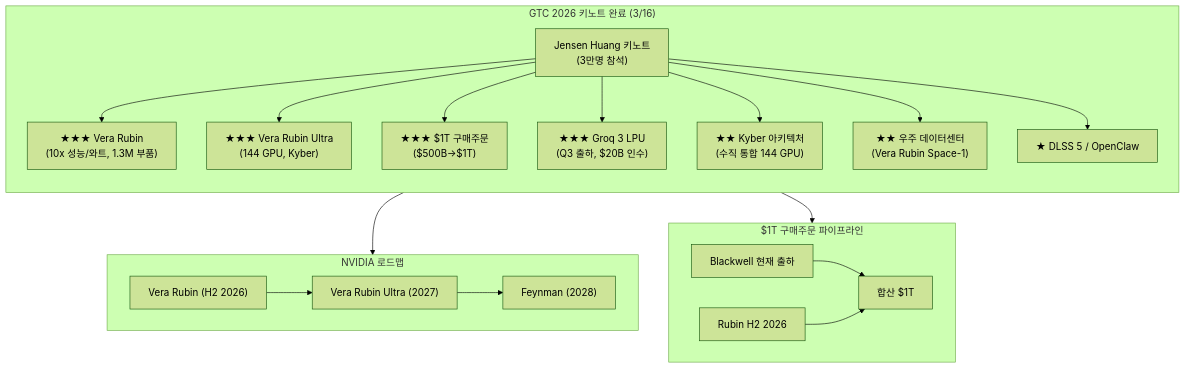
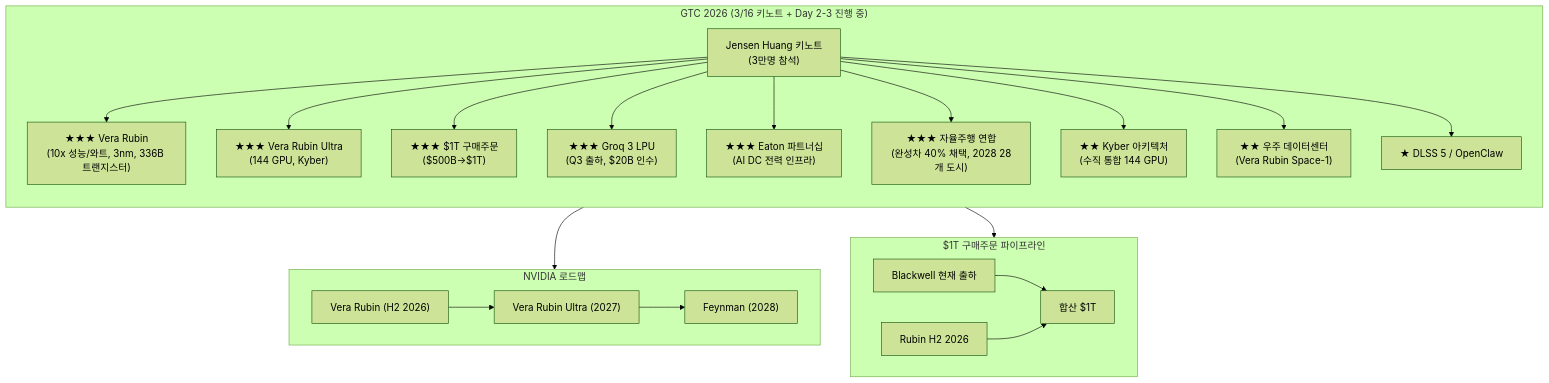
One commit to dss99911/dss99911.github.io changed the second of 4 diagrams in _posts/knowledge/invest/2026-01-21-semiconductor-sector-outlook-2026.md. Above: the diagram before and after it, drawn with Mermaid (forest theme). The commit also changed other lines of this file and 3 other files, not shown here.

````diff
--- a/_posts/knowledge/invest/2026-01-21-semiconductor-sector-outlook-2026.md
+++ b/_posts/knowledge/invest/2026-01-21-semiconductor-sector-outlook-2026.md
@@ -136,31 +146,33 @@
 ```mermaid
 graph TB
-    subgraph GTC2026["GTC 2026 키노트 완료 #40;3/16#41;"]
+    subgraph GTC2026["GTC 2026 #40;3/16 키노트 + Day 2-3 진행 중#41;"]
         direction TB
         K["Jensen Huang 키노트<br/>#40;3만명 참석#41;"]
-        K --> VR["★★★ Vera Rubin<br/>#40;10x 성능/와트, 1.3M 부품#41;"]
+        K --> VR["★★★ Vera Rubin<br/>#40;10x 성능/와트, 3nm, 336B 트랜지스터#41;"]
         K --> VRU["★★★ Vera Rubin Ultra<br/>#40;144 GPU, Kyber#41;"]
         K --> T["★★★ $1T 구매주문<br/>#40;$500B→$1T#41;"]
         K --> G3["★★★ Groq 3 LPU<br/>#40;Q3 출하, $20B 인수#41;"]
+        K --> ET["★★★ Eaton 파트너십<br/>#40;AI DC 전력 인프라#41;"]
+        K --> AD["★★★ 자율주행 연합<br/>#40;완성차 40% 채택, 2028 28개 도시#41;"]
         K --> KY["★★ Kyber 아키텍처<br/>#40;수직 통합 144 GPU#41;"]
         K --> SP["★★ 우주 데이터센터<br/>#40;Vera Rubin Space-1#41;"]
         K --> D5["★ DLSS 5 / OpenClaw"]
     end
 
     subgraph 로드맵["NVIDIA 로드맵"]
         VR2["Vera Rubin #40;H2 2026#41;"]
         VU2["Vera Rubin Ultra #40;2027#41;"]
         FG2["Feynman #40;2028#41;"]
         VR2 --> VU2 --> FG2
     end
 
     subgraph 수요["$1T 구매주문 파이프라인"]
         BW["Blackwell 현재 출하"]
         RB["Rubin H2 2026"]
         BW --> T2["합산 $1T"]
         RB --> T2
     end
 
     GTC2026 --> 로드맵
     GTC2026 --> 수요
 ```
````
